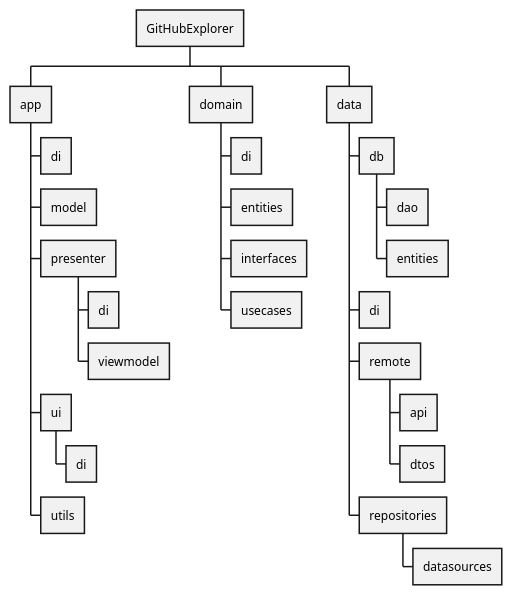
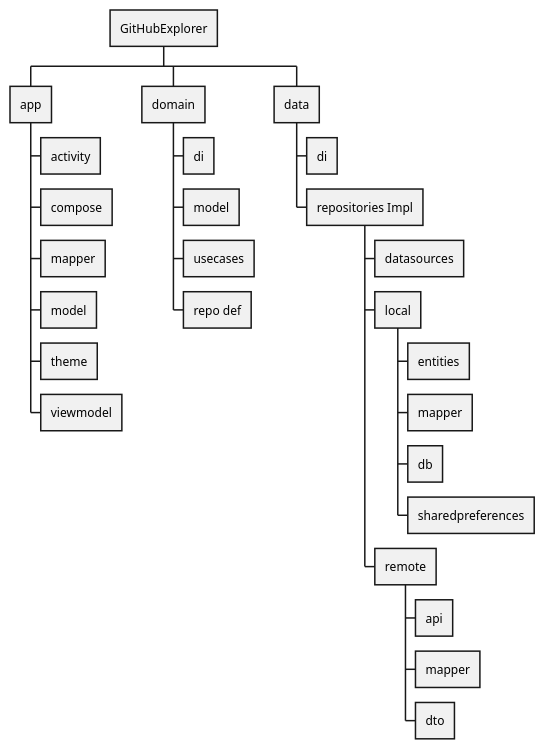
Before and after one commit to miguelhincapie/GitHubExplorer: the diagram in docs/diagrams/package.puml, drawn with PlantUML.

Commit message:
Architecture diagram image updated

```diff
--- a/docs/diagrams/package.puml
+++ b/docs/diagrams/package.puml
@@ -1,27 +1,28 @@
 @startwbs
 + GitHubExplorer
  + app
+  + activity
+  + compose
+  + mapper
+  + model
+  + theme
+  + viewmodel
+ + domain
   + di
   + model
-  + presenter
-   + di
-   + viewmodel
-  + ui
-   + di
-  + utils
- + domain
+  + usecases
+  + repo def
+ + data
   + di
-  + entities
-  + interfaces
-  + usecases
- + data
-  + db
-   + dao
-   + entities
-  + di
-  + remote
-   + api
-   + dtos
-  + repositories
+  + repositories Impl
    + datasources
+   + local
+    + entities
+    + mapper
+    + db
+    + sharedpreferences
+   + remote
+    + api
+    + mapper
+    + dto
 @endwbs
```
